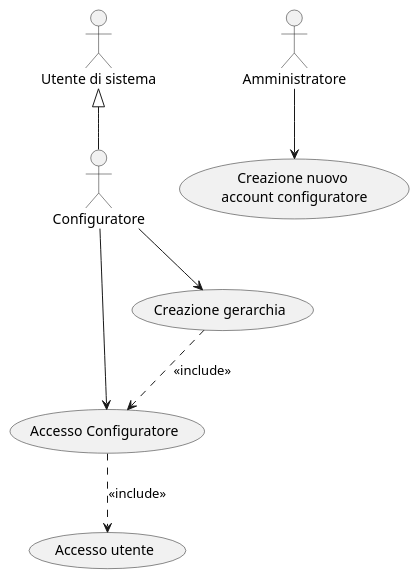
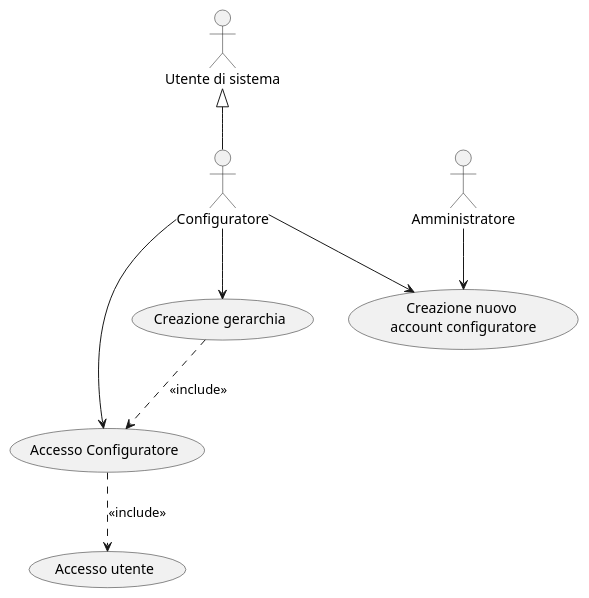
One commit to Matlice/ing_sw_2022 changed the diagram in DOC/VER1/diagrams/use_case/version_1.puml. Above: the diagram before and after it, drawn with PlantUML. The commit also changed 9 other files, not shown here.

```diff
--- a/DOC/VER1/diagrams/use_case/version_1.puml
+++ b/DOC/VER1/diagrams/use_case/version_1.puml
@@ -1,16 +1,17 @@
 @startuml
 
 :Utente di sistema: as user
 :Configuratore: as conf
 :Amministratore: as adm
 
 conf -up-|> user
 conf --> (Accesso Configuratore)
 conf --> (Creazione gerarchia)
 
 adm --> (Creazione nuovo \naccount configuratore)
+conf --> (Creazione nuovo \naccount configuratore)
 
 (Accesso Configuratore) ..> (Accesso utente): <<include>>
 (Creazione gerarchia) ..> (Accesso Configuratore): <<include>>
 
 @enduml
```
